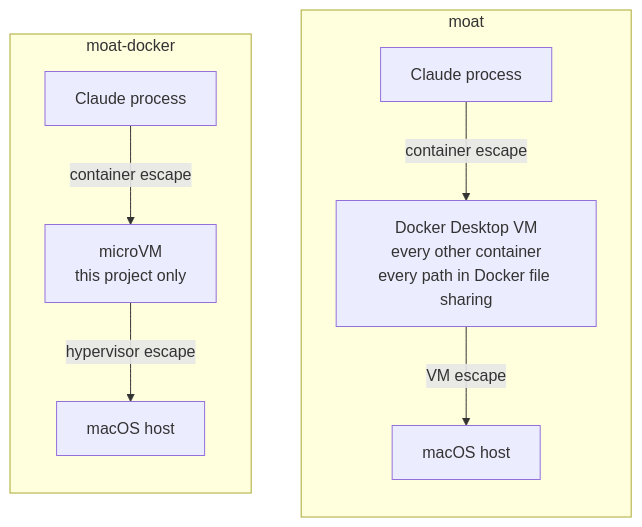
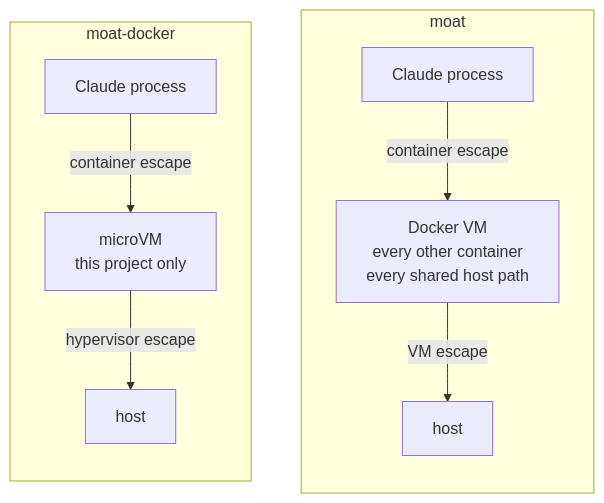
Before and after one commit to marhaasa/eredo: the third of 7 diagrams in ARCHITECTURE.md, drawn with Mermaid. The commit also changed other lines of this file and 1 other file, not shown here.

Commit message:
docs: generic host, paths and workflow wording

````diff
--- a/ARCHITECTURE.md
+++ b/ARCHITECTURE.md
@@ -82,13 +82,13 @@
 ```mermaid
 flowchart TB
   subgraph A["moat"]
     direction TB
-    a1["Claude process"] -->|"container escape"| a2["Docker Desktop VM<br/>every other container<br/>every path in Docker file sharing"]
-    a2 -->|"VM escape"| a3["macOS host"]
+    a1["Claude process"] -->|"container escape"| a2["Docker VM<br/>every other container<br/>every shared host path"]
+    a2 -->|"VM escape"| a3["host"]
   end
   subgraph B["moat-docker"]
     direction TB
     b1["Claude process"] -->|"container escape"| b2["microVM<br/>this project only"]
-    b2 -->|"hypervisor escape"| b3["macOS host"]
+    b2 -->|"hypervisor escape"| b3["host"]
   end
 ```
````
